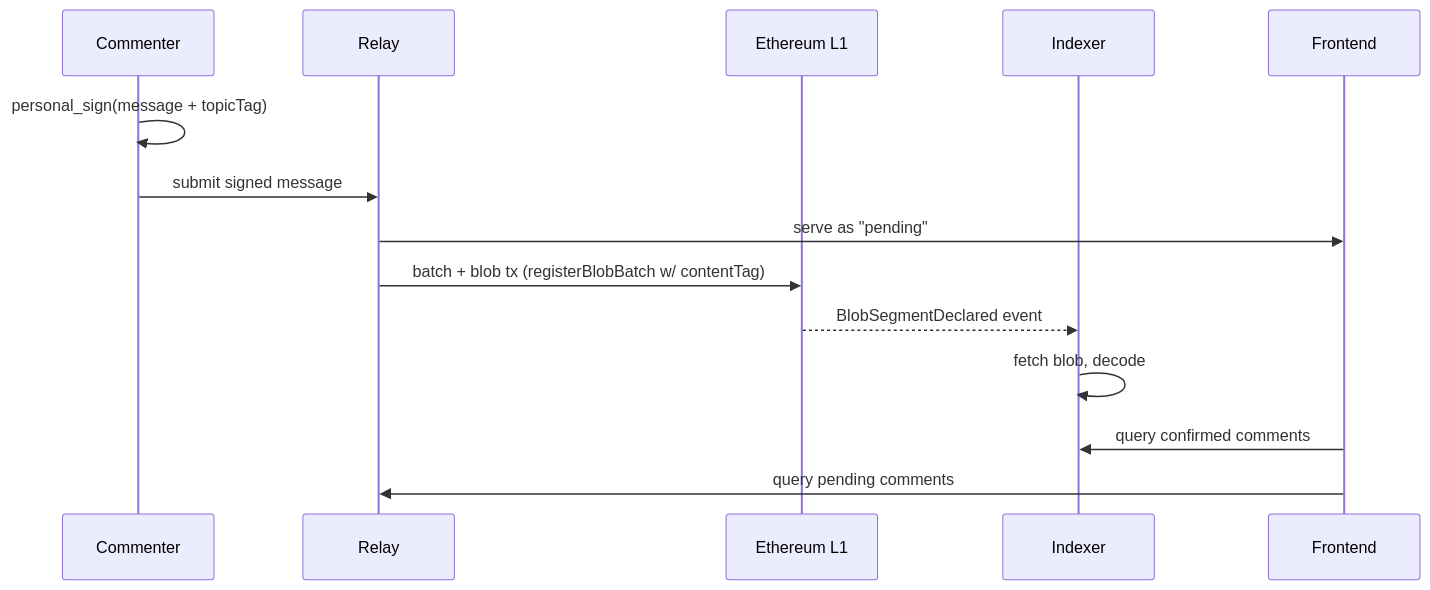
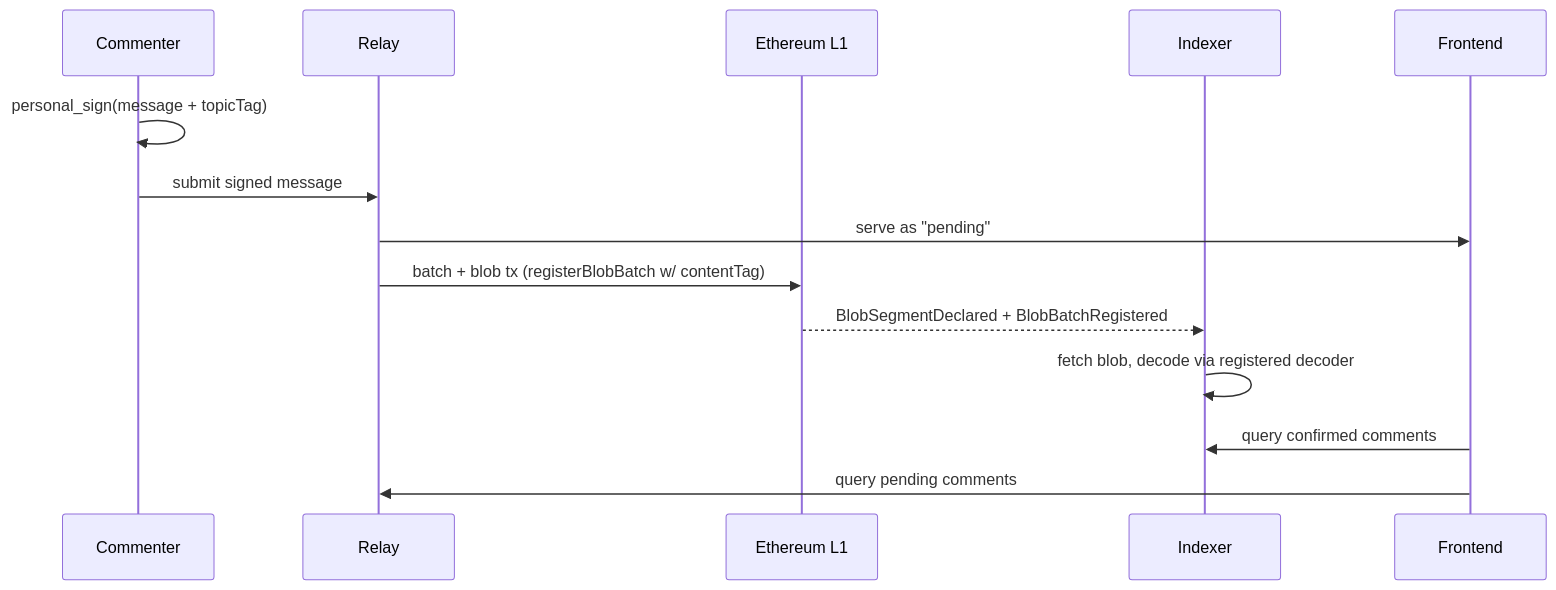
Before and after one commit to defi-wonderland/bam: the second of 3 diagrams in docs/design/comment-section.md, drawn with Mermaid. The commit also changed other lines of this file, not shown here.

First line of the commit message:
docs: add registerBlobBatch to fallback flow and BlobBatchRegistered to indexer

````diff
--- a/docs/design/comment-section.md
+++ b/docs/design/comment-section.md
@@ -25,17 +25,17 @@
 ```mermaid
 sequenceDiagram
     participant C as Commenter
     participant R as Relay
     participant L1 as Ethereum L1
     participant I as Indexer
     participant F as Frontend
 
     C->>C: personal_sign(message + topicTag)
     C->>R: submit signed message
     R->>F: serve as "pending"
     R->>L1: batch + blob tx (registerBlobBatch w/ contentTag)
-    L1-->>I: BlobSegmentDeclared event
-    I->>I: fetch blob, decode
+    L1-->>I: BlobSegmentDeclared + BlobBatchRegistered
+    I->>I: fetch blob, decode via registered decoder
     F->>I: query confirmed comments
     F->>R: query pending comments
 ```
````
